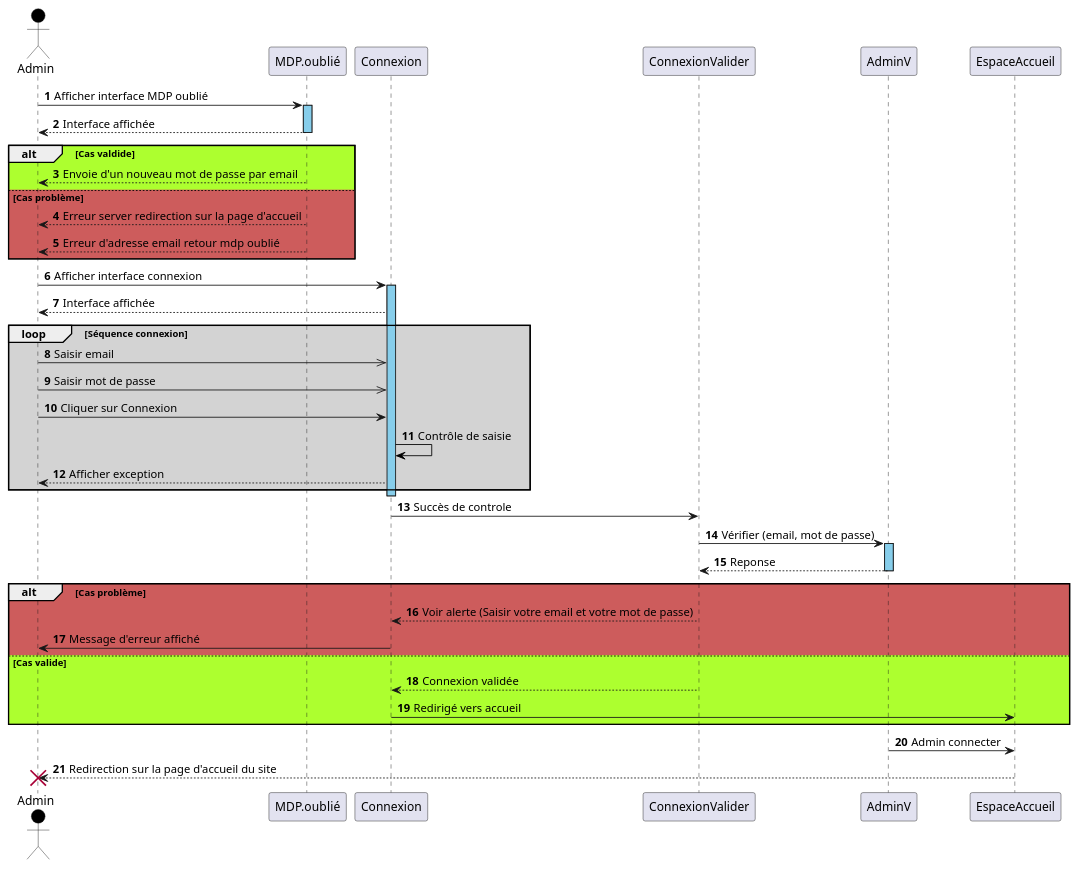
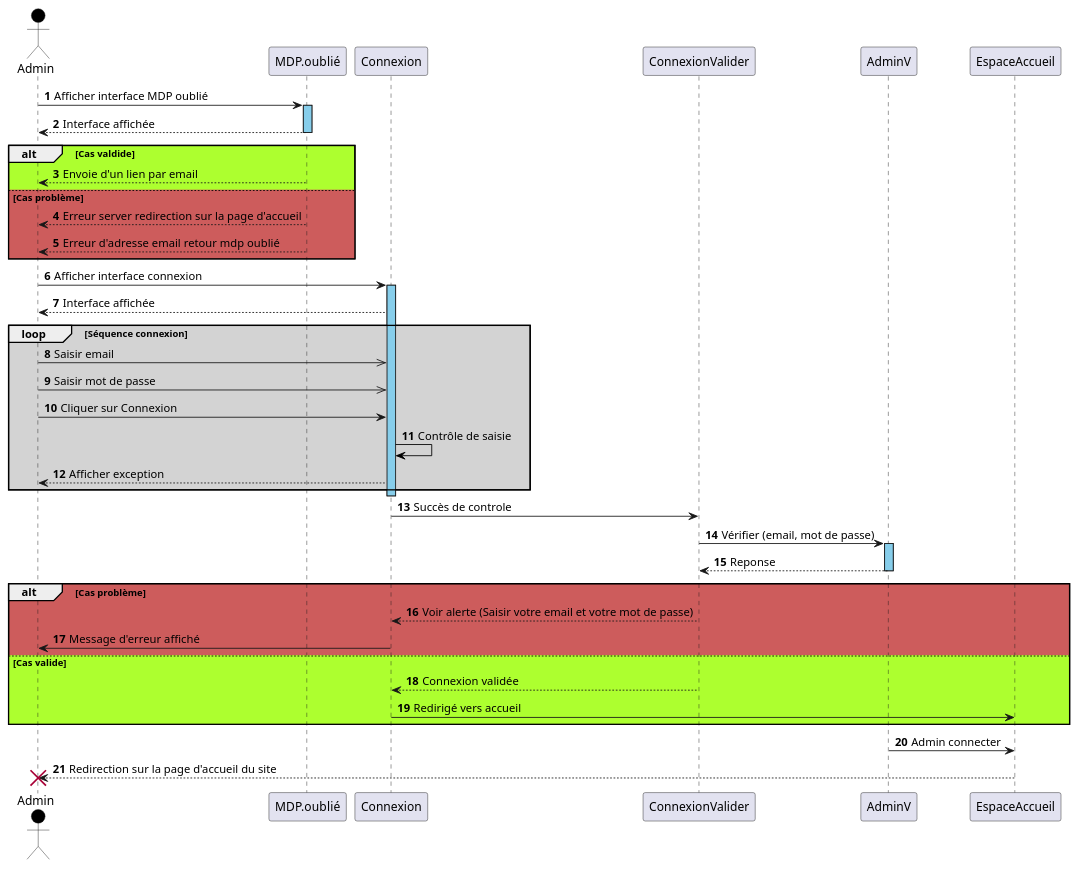
Before and after one commit to nwehla/QuidideanceTest: the diagram in documents/analyse_uml/diagramme_de_sequence/diagramme_sequence_connecter.wsd, drawn with PlantUML. The commit also changed 8 other files, not shown here.

```diff
--- a/documents/analyse_uml/diagramme_de_sequence/diagramme_sequence_connecter.wsd
+++ b/documents/analyse_uml/diagramme_de_sequence/diagramme_sequence_connecter.wsd
@@ -1,47 +1,47 @@
 @startuml Connecter
 autonumber
 actor Admin #Black
 Admin -> MDP.oublié : Afficher interface MDP oublié
 activate MDP.oublié #SkyBlue
 MDP.oublié --> Admin : Interface affichée
 deactivate MDP.oublié
 alt #GreenYellow Cas valdide 
-MDP.oublié --> Admin : Envoie d'un nouveau mot de passe par email
+MDP.oublié --> Admin : Envoie d'un lien par email
 else #IndianRed Cas problème
 MDP.oublié --> Admin : Erreur server redirection sur la page d'accueil
 MDP.oublié --> Admin : Erreur d'adresse email retour mdp oublié
 end
 
 
 Admin -> Connexion : Afficher interface connexion
 activate Connexion #SkyBlue
 Connexion --> Admin : Interface affichée
 loop #LightGrey Séquence connexion
 Admin ->> Connexion : Saisir email
 Admin ->> Connexion : Saisir mot de passe 
 Admin -> Connexion : Cliquer sur Connexion
 Connexion -[#Black]> Connexion : Contrôle de saisie
 Connexion --> Admin : Afficher exception
 end
 deactivate Connexion
 Connexion -> ConnexionValider : Succès de controle
 deactivate ConnexionValider
 
 ConnexionValider -> AdminV : Vérifier (email, mot de passe)
 activate AdminV #SkyBlue
 AdminV --> ConnexionValider : Reponse
 deactivate AdminV
 alt #IndianRed Cas problème
 ConnexionValider --> Connexion : Voir alerte (Saisir votre email et votre mot de passe)
 Connexion -> Admin : Message d'erreur affiché
 else #GreenYellow Cas valide
 ConnexionValider --> Connexion : Connexion validée
 Connexion -> EspaceAccueil : Redirigé vers accueil
 end 
 deactivate Connexion
 
 AdminV -> EspaceAccueil : Admin connecter
 EspaceAccueil --> Admin : Redirection sur la page d'accueil du site
 destroy Admin
 
 @enduml
```
